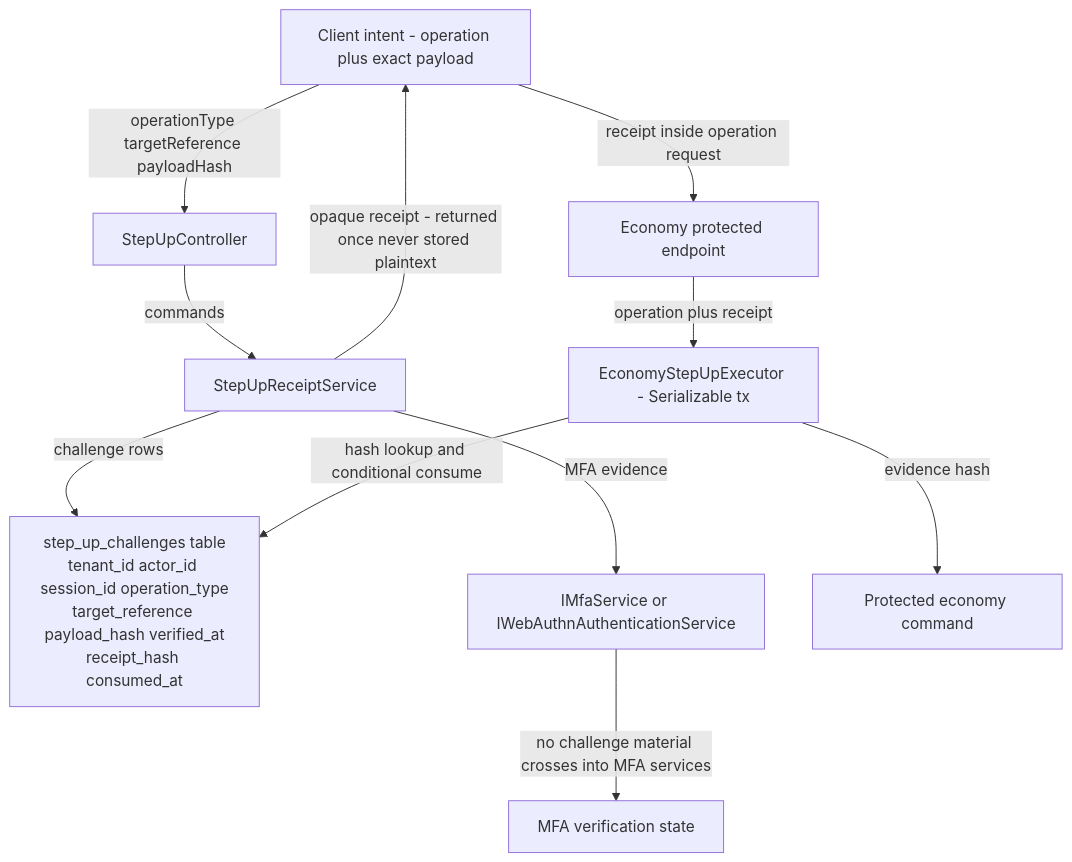
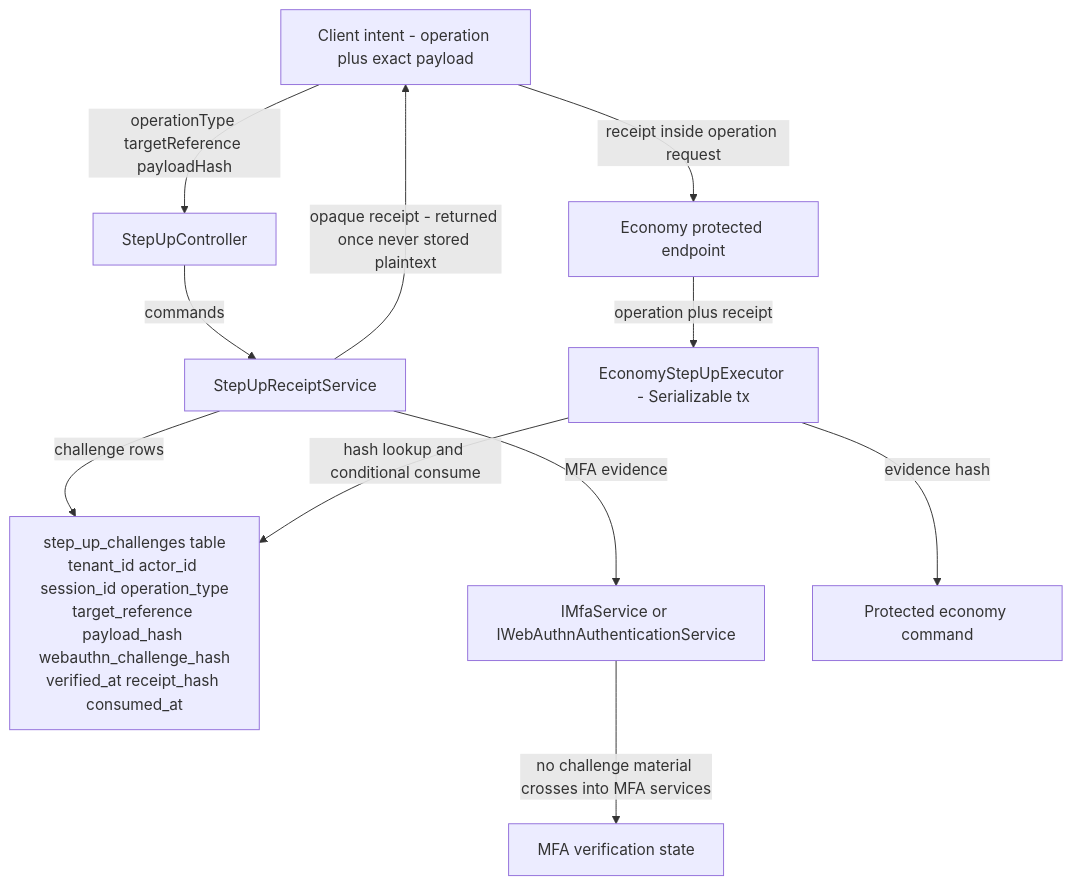
One commit to gameguild-gg/gameguild changed the third of 3 diagrams in docs/auth/flows/step-up-authentication-flow.md. Above: the diagram before and after it, drawn with Mermaid. The commit also changed other lines of this file and 13 other files, not shown here.

First line of the commit message:
fix(auth): bind step-up WebAuthn ceremonies to operation challenges

````diff
--- a/docs/auth/flows/step-up-authentication-flow.md
+++ b/docs/auth/flows/step-up-authentication-flow.md
@@ -117,13 +127,13 @@
 ```mermaid
 flowchart TD
     DF1["Client intent - operation plus exact payload"] -->|"operationType targetReference payloadHash"| DF2["StepUpController"]
     DF2 -->|"commands"| DF3["StepUpReceiptService"]
-    DF3 -->|"challenge rows"| DF4["step_up_challenges table<br/>tenant_id actor_id session_id operation_type<br/>target_reference payload_hash verified_at<br/>receipt_hash consumed_at"]
+    DF3 -->|"challenge rows"| DF4["step_up_challenges table<br/>tenant_id actor_id session_id operation_type<br/>target_reference payload_hash webauthn_challenge_hash<br/>verified_at receipt_hash consumed_at"]
     DF3 -->|"MFA evidence"| DF5["IMfaService or IWebAuthnAuthenticationService"]
     DF3 -->|"opaque receipt - returned once never stored plaintext"| DF1
     DF1 -->|"receipt inside operation request"| DF6["Economy protected endpoint"]
     DF6 -->|"operation plus receipt"| DF7["EconomyStepUpExecutor - Serializable tx"]
     DF7 -->|"hash lookup and conditional consume"| DF4
     DF7 -->|"evidence hash"| DF8["Protected economy command"]
     DF5 -->|"no challenge material crosses into MFA services"| DF9["MFA verification state"]
 ```
````
